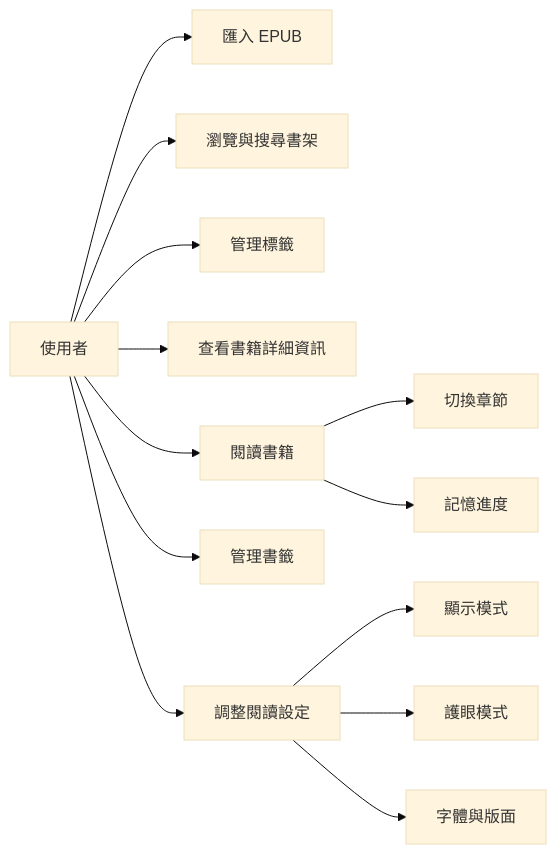
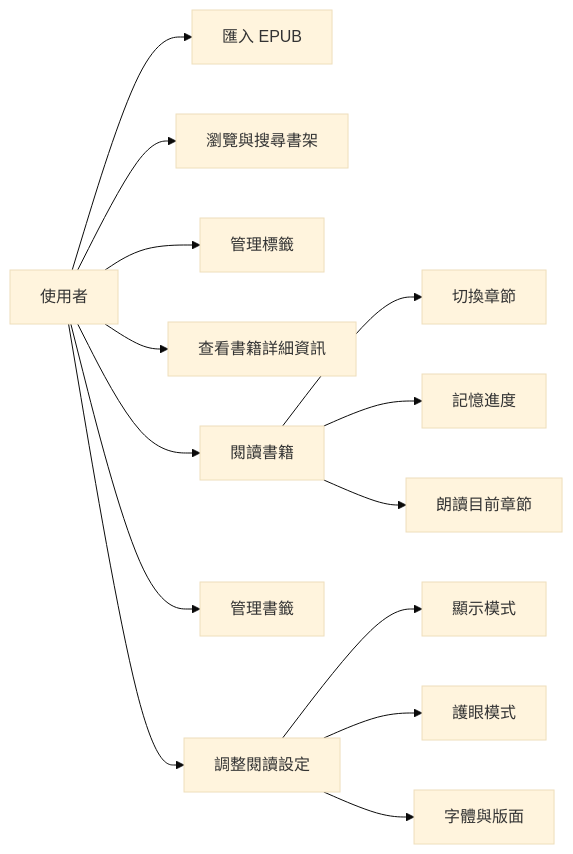
One commit to mark216tw/android-ebookreader-01 changed the first of 5 diagrams in docs/系統設計文件.md. Above: the diagram before and after it, drawn with Mermaid (base theme). The commit also changed other lines of this file and 27 other files, not shown here.

````diff
--- a/docs/系統設計文件.md
+++ b/docs/系統設計文件.md
@@ -21,15 +21,16 @@
 ```mermaid
 flowchart LR
     U[使用者] --> I[匯入 EPUB]
     U --> S[瀏覽與搜尋書架]
     U --> T[管理標籤]
     U --> D[查看書籍詳細資訊]
     U --> R[閱讀書籍]
     U --> B[管理書籤]
     U --> P[調整閱讀設定]
     R --> N[切換章節]
     R --> M[記憶進度]
+    R --> A[朗讀目前章節]
     P --> DM[顯示模式]
     P --> TH[護眼模式]
     P --> TY[字體與版面]
 ```
````
